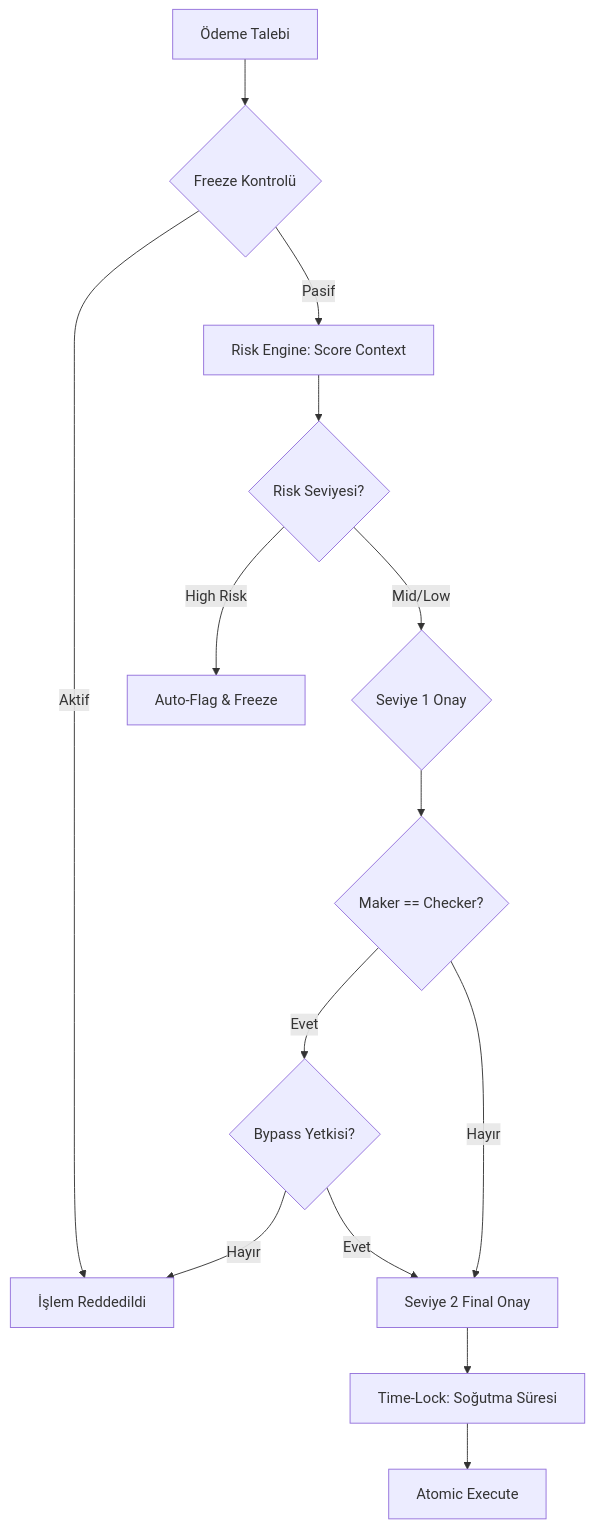
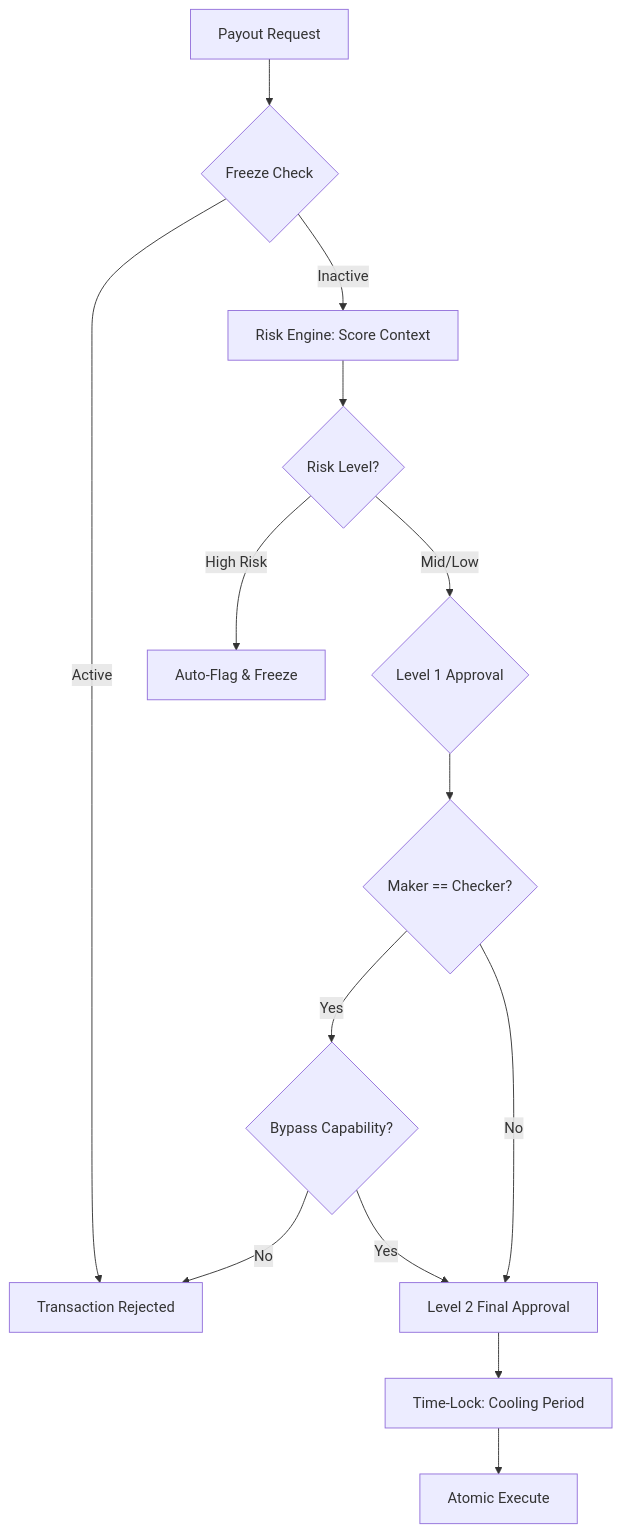
Before and after one commit to MaxHandMade/mhm-rentiva-docs: the diagram in docs/04-developer/financial/financial-governance-controls.md, drawn with Mermaid. The commit also changed other lines of this file and 347 other files, not shown here.

````diff
--- a/docs/04-developer/financial/financial-governance-controls.md
+++ b/docs/04-developer/financial/financial-governance-controls.md
@@ -41,19 +41,19 @@
 ```mermaid
 graph TD
-    A[Ödeme Talebi] --> B{Freeze Kontrolü}
-    B -- Aktif --> Error[İşlem Reddedildi]
-    B -- Pasif --> C[Risk Engine: Score Context]
+    A[Payout Request] --> B{Freeze Check}
+    B -- Active --> Error[Transaction Rejected]
+    B -- Inactive --> C[Risk Engine: Score Context]
     
-    C --> D{Risk Seviyesi?}
+    C --> D{Risk Level?}
     D -- High Risk --> E[Auto-Flag & Freeze]
-    D -- Mid/Low --> F{Seviye 1 Onay}
+    D -- Mid/Low --> F{Level 1 Approval}
     
     F --> G{Maker == Checker?}
-    G -- Evet --> H{Bypass Yetkisi?}
-    H -- Hayır --> Error
-    H -- Evet --> I[Seviye 2 Final Onay]
-    G -- Hayır --> I
+    G -- Yes --> H{Bypass Capability?}
+    H -- No --> Error
+    H -- Yes --> I[Level 2 Final Approval]
+    G -- No --> I
     
-    I --> J[Time-Lock: Soğutma Süresi]
+    I --> J[Time-Lock: Cooling Period]
     J --> K[Atomic Execute]
 ```
````
